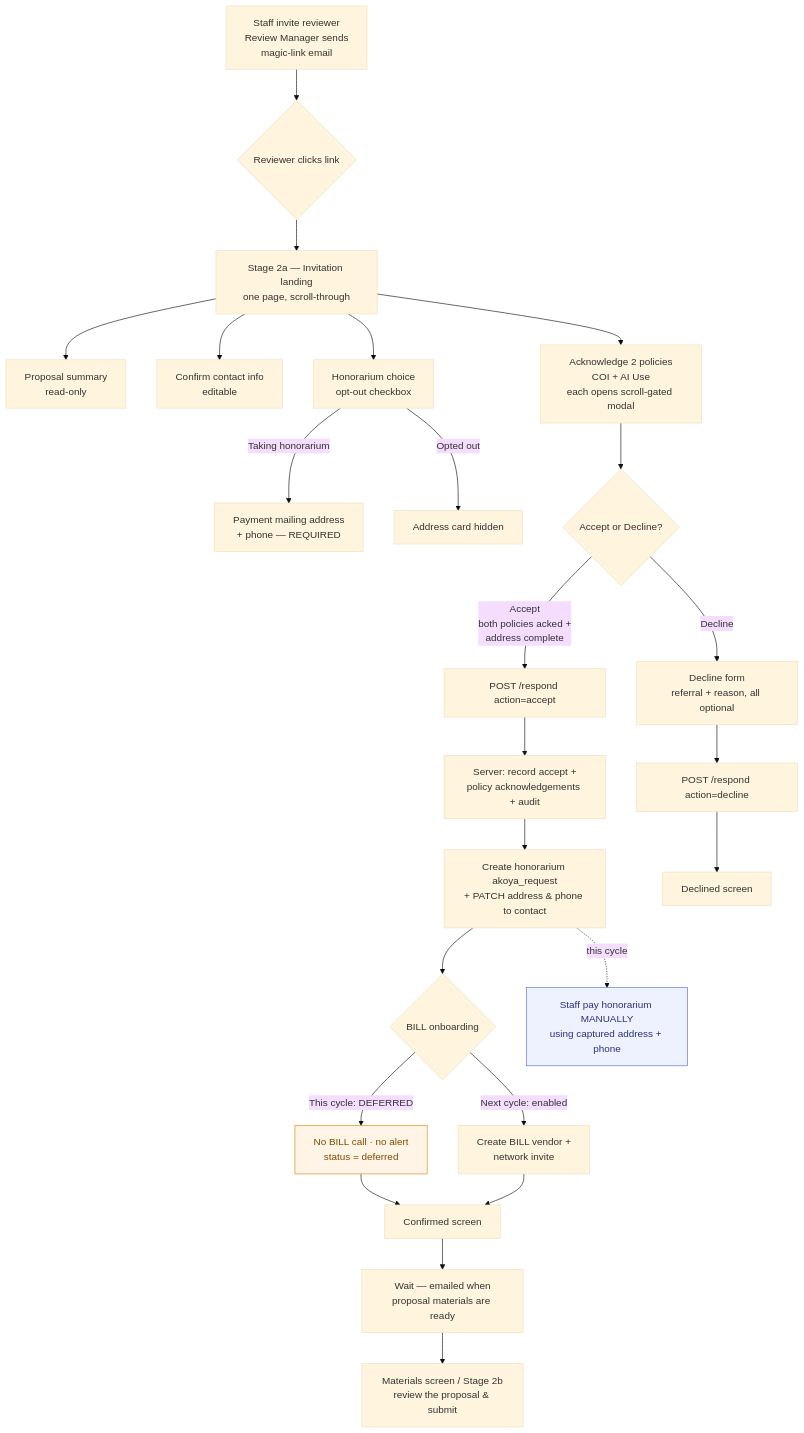
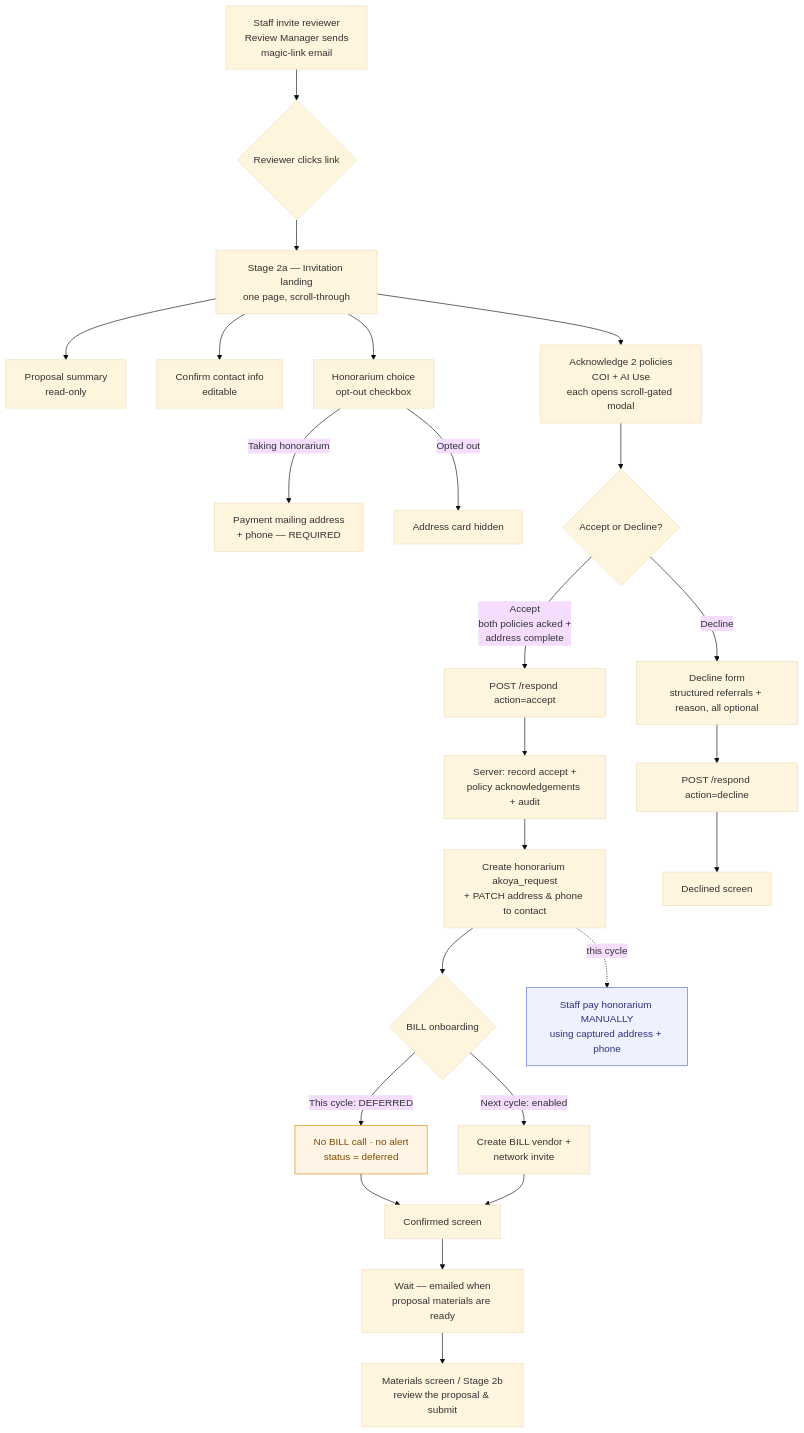
The diagram in docs/REVIEWER_ONBOARDING_FLOW_MOCKUP.md (justingallivan/wmkf-research-apps), drawn with Mermaid (base theme) before and after one commit. The commit also changed other lines of this file and 24 other files, not shown here.

Commit message:
fix(reviewers): structure decline referrals

````diff
--- a/docs/REVIEWER_ONBOARDING_FLOW_MOCKUP.md
+++ b/docs/REVIEWER_ONBOARDING_FLOW_MOCKUP.md
@@ -32,36 +32,36 @@
 ```mermaid
 flowchart TD
     A[Staff invite reviewer<br/>Review Manager sends<br/>magic-link email] --> B{Reviewer clicks link}
     B --> C[Stage 2a — Invitation landing<br/>one page, scroll-through]
 
     C --> C1[Proposal summary<br/>read-only]
     C --> C2[Confirm contact info<br/>editable]
     C --> C3[Honorarium choice<br/>opt-out checkbox]
     C3 -->|Taking honorarium| C4[Payment mailing address<br/>+ phone — REQUIRED]
     C3 -->|Opted out| C4x[Address card hidden]
     C --> C5[Acknowledge 2 policies<br/>COI + AI Use<br/>each opens scroll-gated modal]
 
     C5 --> D{Accept or Decline?}
     D -->|Accept<br/>both policies acked +<br/>address complete| E[POST /respond action=accept]
-    D -->|Decline| F[Decline form<br/>referral + reason, all optional]
+    D -->|Decline| F[Decline form<br/>structured referrals + reason, all optional]
 
     E --> E1[Server: record accept +<br/>policy acknowledgements + audit]
     E1 --> E2[Create honorarium akoya_request<br/>+ PATCH address & phone to contact]
     E2 --> E3{BILL onboarding}
     E3 -->|This cycle: DEFERRED| E4[No BILL call · no alert<br/>status = deferred]
     E3 -->|Next cycle: enabled| E5[Create BILL vendor +<br/>network invite]
     E4 --> G[Confirmed screen]
     E5 --> G
 
     F --> F1[POST /respond action=decline] --> H[Declined screen]
 
     G --> I[Wait — emailed when<br/>proposal materials are ready]
     I --> J[Materials screen / Stage 2b<br/>review the proposal & submit]
 
     E2 -.this cycle.-> P[Staff pay honorarium MANUALLY<br/>using captured address + phone]
 
     classDef deferred fill:#fff4e5,stroke:#d98a00,color:#7a4d00;
     classDef back fill:#eef2ff,stroke:#5b6bd6,color:#2a327a;
     class E4 deferred;
     class P back;
 ```
````
